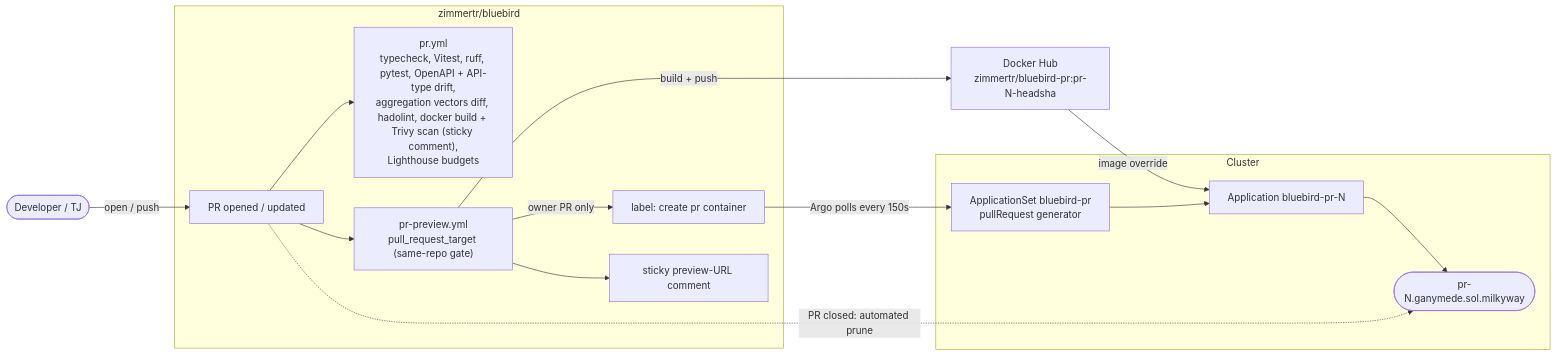
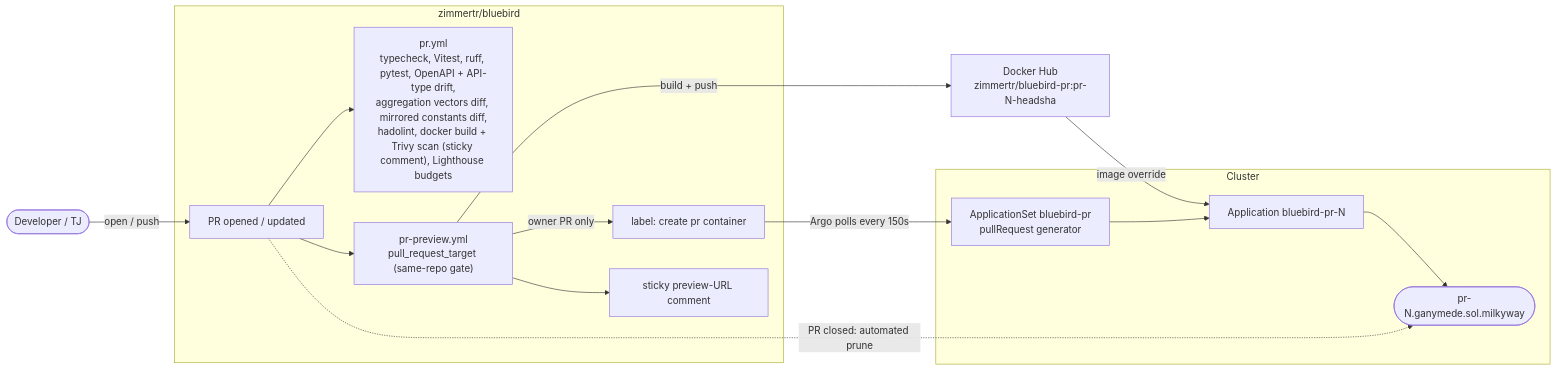
The fourth of 6 diagrams in docs/CICD.md (zimmertr/bluebird), drawn with Mermaid before and after one commit. The commit also changed other lines of this file and 10 other files, not shown here.

````diff
--- a/docs/CICD.md
+++ b/docs/CICD.md
@@ -659,32 +664,32 @@
 ```mermaid
 flowchart LR
     dev(["Developer / TJ"])
 
     subgraph BB["zimmertr/bluebird"]
         pr["PR opened / updated"]
-        checks["pr.yml<br/>typecheck, Vitest, ruff, pytest, OpenAPI + API-type drift,<br/>aggregation vectors diff, hadolint, docker build + Trivy scan (sticky comment),<br/>Lighthouse budgets"]
+        checks["pr.yml<br/>typecheck, Vitest, ruff, pytest, OpenAPI + API-type drift,<br/>aggregation vectors diff, mirrored constants diff,<br/>hadolint, docker build + Trivy scan (sticky comment), Lighthouse budgets"]
         preview["pr-preview.yml<br/>pull_request_target (same-repo gate)"]
         label["label: create pr container"]
         comment["sticky preview-URL comment"]
     end
 
     dhpr["Docker Hub<br/>zimmertr/bluebird-pr:pr-N-headsha"]
 
     subgraph CL["Cluster"]
         appset["ApplicationSet bluebird-pr<br/>pullRequest generator"]
         app["Application bluebird-pr-N"]
         env(["pr-N.ganymede.sol.milkyway"])
     end
 
     dev -->|open / push| pr
     pr --> checks
     pr --> preview
     preview -->|build + push| dhpr
     preview -->|owner PR only| label
     preview --> comment
     label -->|Argo polls every 150s| appset
     appset --> app
     dhpr -->|image override| app
     app --> env
     pr -.->|PR closed: automated prune| env
 ```
````
